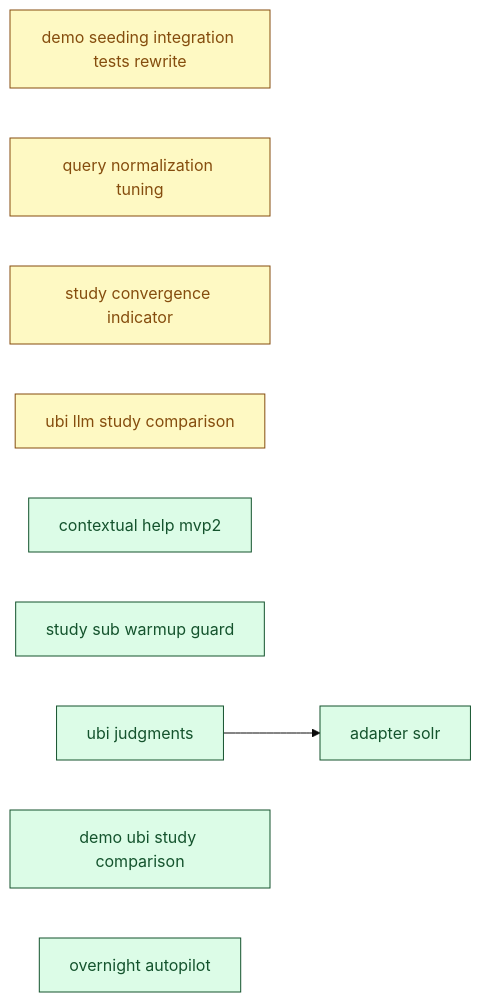
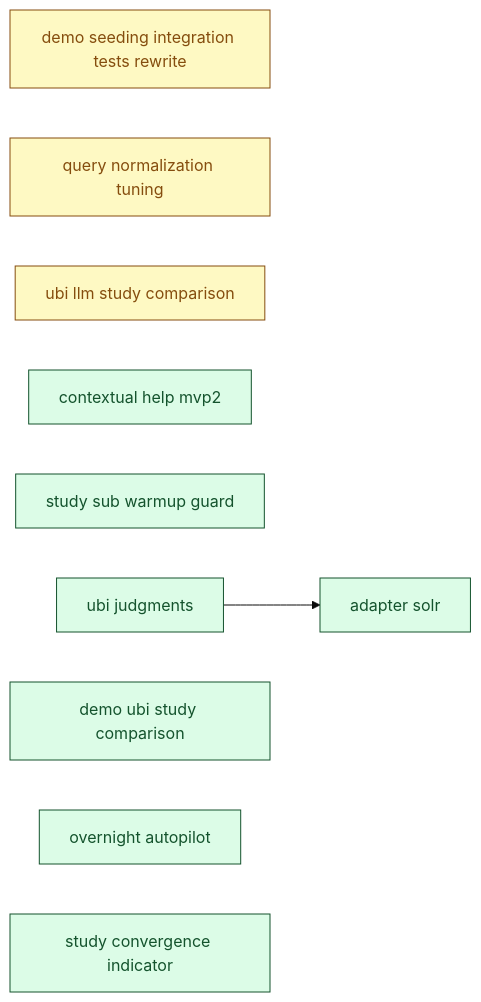
One commit to SoundMindsAI/relyloop changed the diagram in docs/00_overview/MVP2_DASHBOARD.md. Above: the diagram before and after it, drawn with Mermaid (base theme). The commit also changed other lines of this file and 10 other files, not shown here.

First line of the commit message:
docs: finalize feat_study_convergence_indicator (move to implemented, update state) (#353)

````diff
--- a/docs/00_overview/MVP2_DASHBOARD.md
+++ b/docs/00_overview/MVP2_DASHBOARD.md
@@ -98,29 +98,29 @@
 ```mermaid
 graph LR
   classDef done fill:#dcfce7,stroke:#14532d,color:#14532d;
   classDef implement fill:#ffedd5,stroke:#9a3412,color:#9a3412;
   classDef plan fill:#fef9c3,stroke:#854d0e,color:#854d0e;
   classDef spec fill:#dbeafe,stroke:#1e40af,color:#1e40af;
   classDef idea fill:#f1f5f9,stroke:#334155,color:#334155;
   chore_demo_seeding_integration_tests_rewrite["demo seeding integration tests rewrite"]
   class chore_demo_seeding_integration_tests_rewrite plan;
   feat_query_normalization_tuning["query normalization tuning"]
   class feat_query_normalization_tuning plan;
-  feat_study_convergence_indicator["study convergence indicator"]
-  class feat_study_convergence_indicator plan;
   feat_ubi_llm_study_comparison["ubi llm study comparison"]
   class feat_ubi_llm_study_comparison plan;
   feat_contextual_help_mvp2["contextual help mvp2"]
   class feat_contextual_help_mvp2 done;
   feat_study_sub_warmup_guard["study sub warmup guard"]
   class feat_study_sub_warmup_guard done;
   feat_ubi_judgments["ubi judgments"]
   class feat_ubi_judgments done;
   feat_demo_ubi_study_comparison["demo ubi study comparison"]
   class feat_demo_ubi_study_comparison done;
   feat_overnight_autopilot["overnight autopilot"]
   class feat_overnight_autopilot done;
   infra_adapter_solr["adapter solr"]
   class infra_adapter_solr done;
+  feat_study_convergence_indicator["study convergence indicator"]
+  class feat_study_convergence_indicator done;
   feat_ubi_judgments --> infra_adapter_solr
 ```
````
